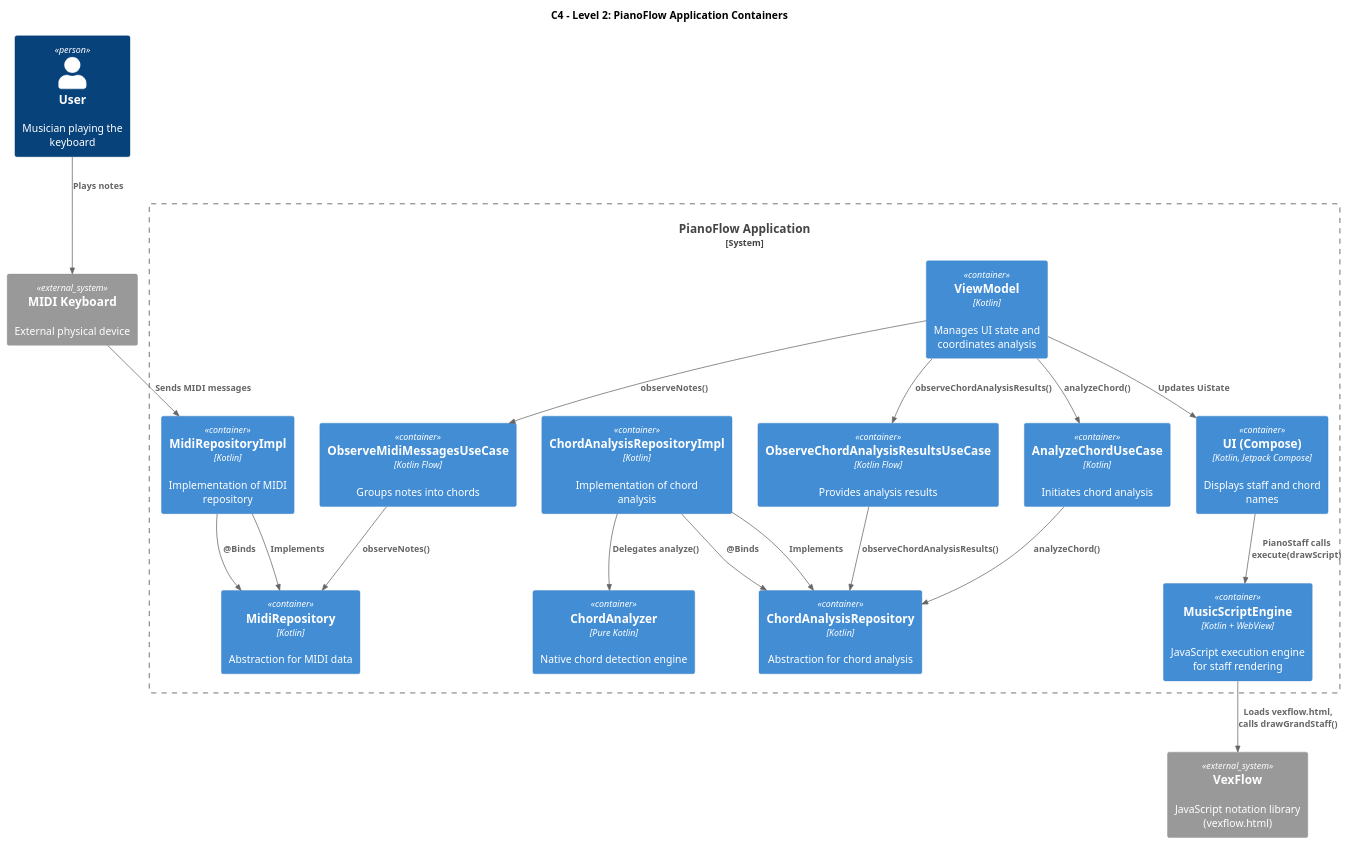
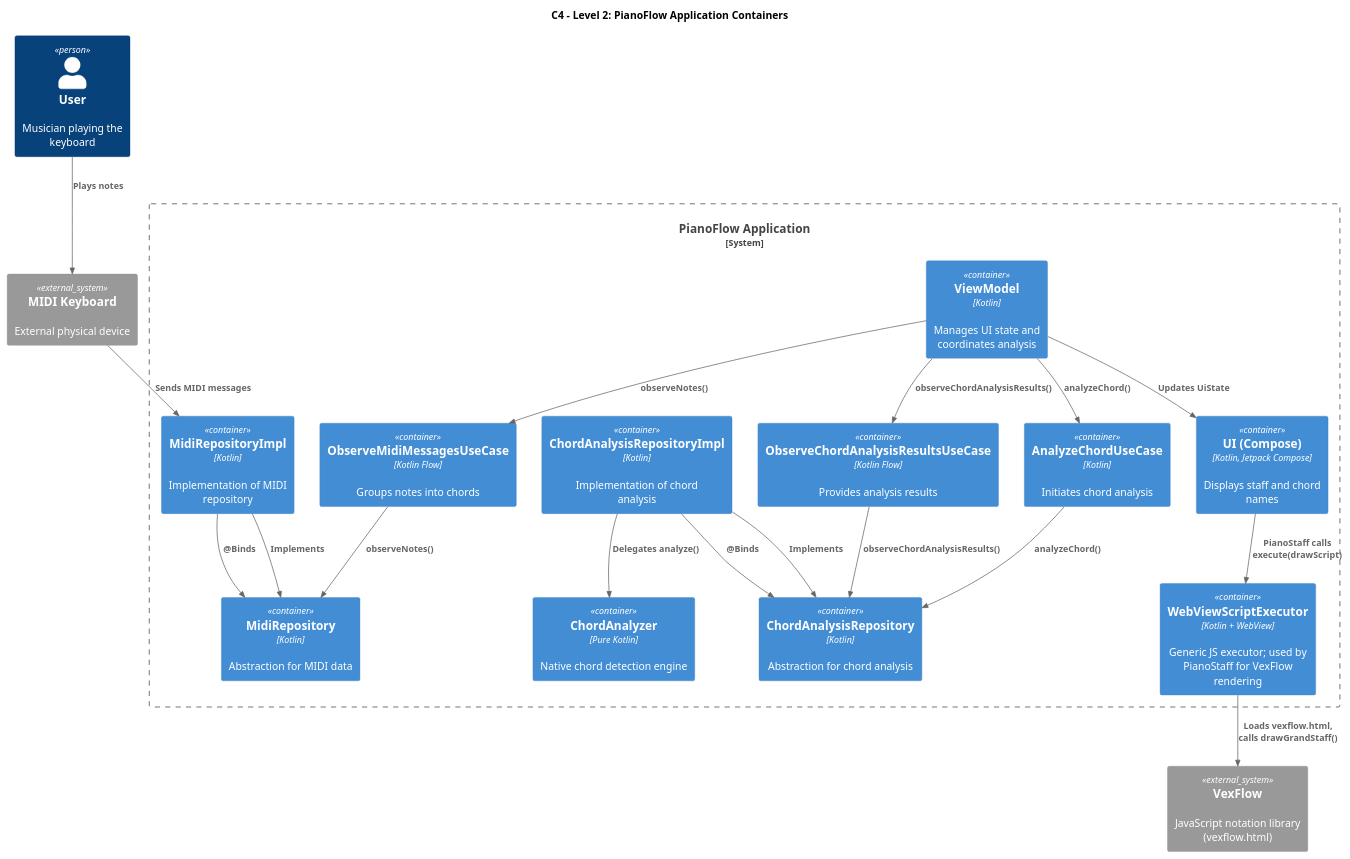
Before and after one commit to astrizhachuk/PianoFlow: the first of 10 diagrams in docs/en/specs/MIDI_MESSAGE_PROCESSING.md, drawn with PlantUML. The commit also changed other lines of this file and 4 other files, not shown here.

Commit message:
refactor: заменить MusicScriptEngine на WebViewScriptExecutor для выполнения JavaScript в WebView

````diff
--- a/docs/en/specs/MIDI_MESSAGE_PROCESSING.md
+++ b/docs/en/specs/MIDI_MESSAGE_PROCESSING.md
@@ -52,47 +52,47 @@
 ```plantuml
 @startuml
 !include https://raw.githubusercontent.com/plantuml-stdlib/C4-PlantUML/master/C4_Container.puml
 
 title C4 - Level 2: PianoFlow Application Containers
 
 Person(user, "User", "Musician playing the keyboard")
 System_Ext(midi_device, "MIDI Keyboard", "External physical device")
 System_Ext(vexflow, "VexFlow", "JavaScript notation library (vexflow.html)")
 
 System_Boundary(piano_flow, "PianoFlow Application") {
     Container(ui, "UI (Compose)", "Kotlin, Jetpack Compose", "Displays staff and chord names")
     Container(vm, "ViewModel", "Kotlin", "Manages UI state and coordinates analysis")
     Container(observe_midi, "ObserveMidiMessagesUseCase", "Kotlin Flow", "Groups notes into chords")
     Container(analyze_chord, "AnalyzeChordUseCase", "Kotlin", "Initiates chord analysis")
     Container(observe_chord, "ObserveChordAnalysisResultsUseCase", "Kotlin Flow", "Provides analysis results")
     Container(midi_repo, "MidiRepository", "Kotlin", "Abstraction for MIDI data")
     Container(chord_repo, "ChordAnalysisRepository", "Kotlin", "Abstraction for chord analysis")
     Container(midi_repo_impl, "MidiRepositoryImpl", "Kotlin", "Implementation of MIDI repository")
     Container(chord_repo_impl, "ChordAnalysisRepositoryImpl", "Kotlin", "Implementation of chord analysis")
     Container(chord_analyzer, "ChordAnalyzer", "Pure Kotlin", "Native chord detection engine")
-    Container(script_engine, "MusicScriptEngine", "Kotlin + WebView", "JavaScript execution engine for staff rendering")
+    Container(script_executor, "WebViewScriptExecutor", "Kotlin + WebView", "Generic JS executor; used by PianoStaff for VexFlow rendering")
 }
 
 Rel(user, midi_device, "Plays notes")
 Rel(midi_device, midi_repo_impl, "Sends MIDI messages")
 Rel(midi_repo_impl, midi_repo, "Implements")
 Rel(chord_repo_impl, chord_repo, "Implements")
 Rel(chord_repo_impl, chord_analyzer, "Delegates analyze()")
 
 Rel(vm, observe_midi, "observeNotes()")
 Rel(vm, analyze_chord, "analyzeChord()")
 Rel(vm, observe_chord, "observeChordAnalysisResults()")
 
 Rel(observe_midi, midi_repo, "observeNotes()")
 Rel(analyze_chord, chord_repo, "analyzeChord()")
 Rel(observe_chord, chord_repo, "observeChordAnalysisResults()")
 
 Rel(midi_repo_impl, midi_repo, "@Binds")
 Rel(chord_repo_impl, chord_repo, "@Binds")
 
 Rel(vm, ui, "Updates UiState")
-Rel(ui, script_engine, "PianoStaff calls execute(drawScript)")
-Rel(script_engine, vexflow, "Loads vexflow.html, calls drawGrandStaff()")
+Rel(ui, script_executor, "PianoStaff calls execute(drawScript)")
+Rel(script_executor, vexflow, "Loads vexflow.html, calls drawGrandStaff()")
 
 @enduml
 ```
````
